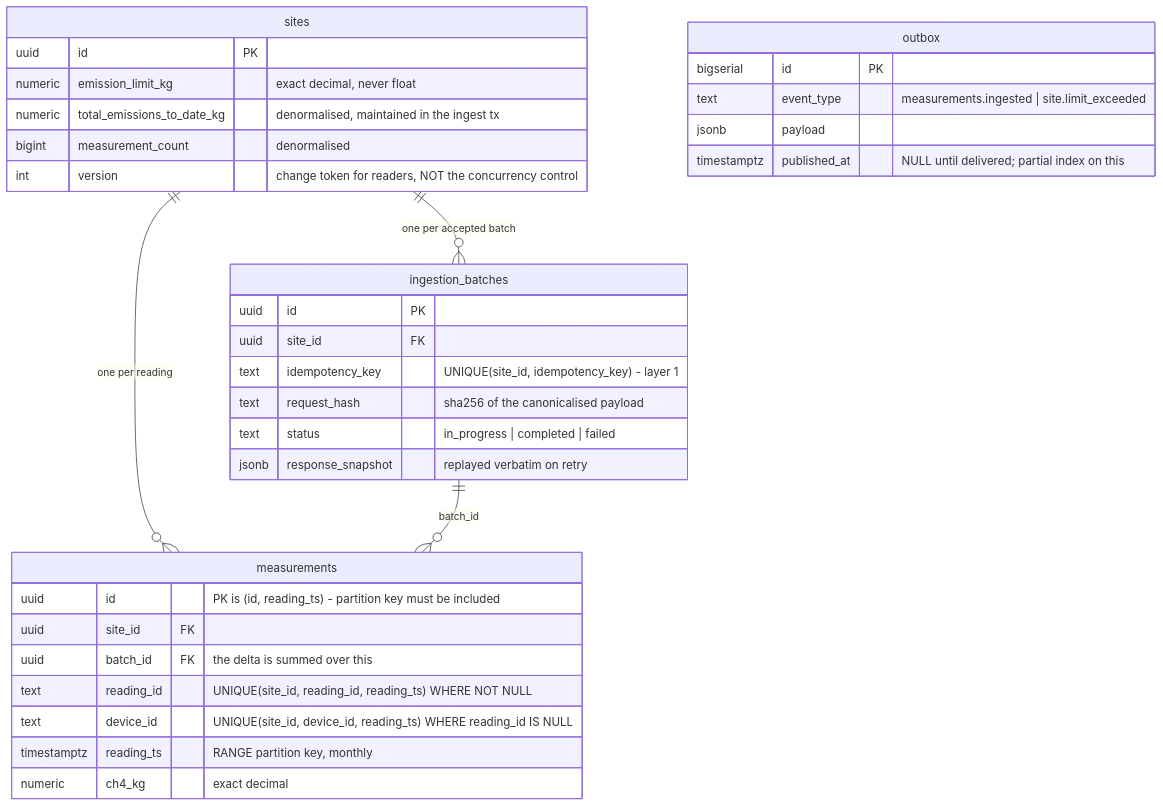
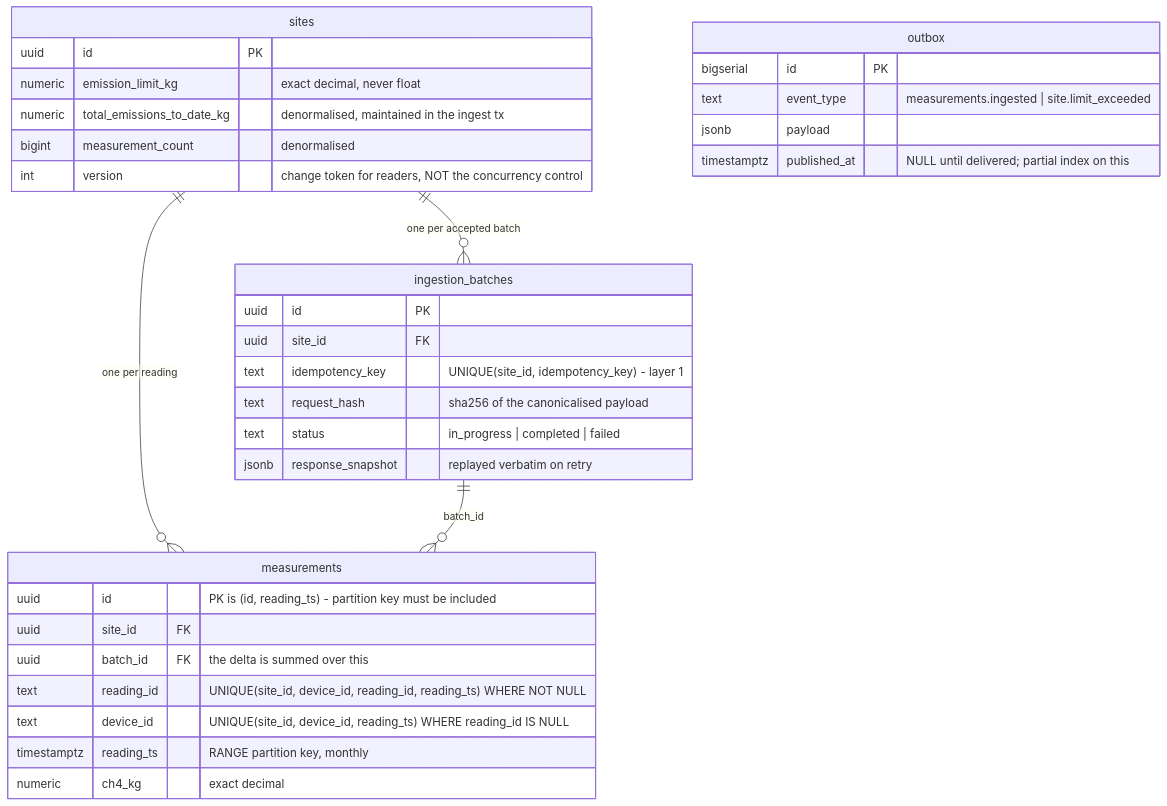
Before and after one commit to luigiv12/hw-project: the first of 3 diagrams in ARCHITECTURE.md, drawn with Mermaid. The commit also changed other lines of this file and 7 other files, not shown here.

````diff
--- a/ARCHITECTURE.md
+++ b/ARCHITECTURE.md
@@ -40,40 +40,40 @@
 ```mermaid
 erDiagram
     sites ||--o{ ingestion_batches : "one per accepted batch"
     sites ||--o{ measurements : "one per reading"
     ingestion_batches ||--o{ measurements : "batch_id"
 
     sites {
         uuid id PK
         numeric emission_limit_kg "exact decimal, never float"
         numeric total_emissions_to_date_kg "denormalised, maintained in the ingest tx"
         bigint measurement_count "denormalised"
         int version "change token for readers, NOT the concurrency control"
     }
 
     ingestion_batches {
         uuid id PK
         uuid site_id FK
         text idempotency_key "UNIQUE(site_id, idempotency_key) - layer 1"
         text request_hash "sha256 of the canonicalised payload"
         text status "in_progress | completed | failed"
         jsonb response_snapshot "replayed verbatim on retry"
     }
 
     measurements {
         uuid id "PK is (id, reading_ts) - partition key must be included"
         uuid site_id FK
         uuid batch_id FK "the delta is summed over this"
-        text reading_id "UNIQUE(site_id, reading_id, reading_ts) WHERE NOT NULL"
+        text reading_id "UNIQUE(site_id, device_id, reading_id, reading_ts) WHERE NOT NULL"
         text device_id "UNIQUE(site_id, device_id, reading_ts) WHERE reading_id IS NULL"
         timestamptz reading_ts "RANGE partition key, monthly"
         numeric ch4_kg "exact decimal"
     }
 
     outbox {
         bigserial id PK
         text event_type "measurements.ingested | site.limit_exceeded"
         jsonb payload
         timestamptz published_at "NULL until delivered; partial index on this"
     }
 ```
````
